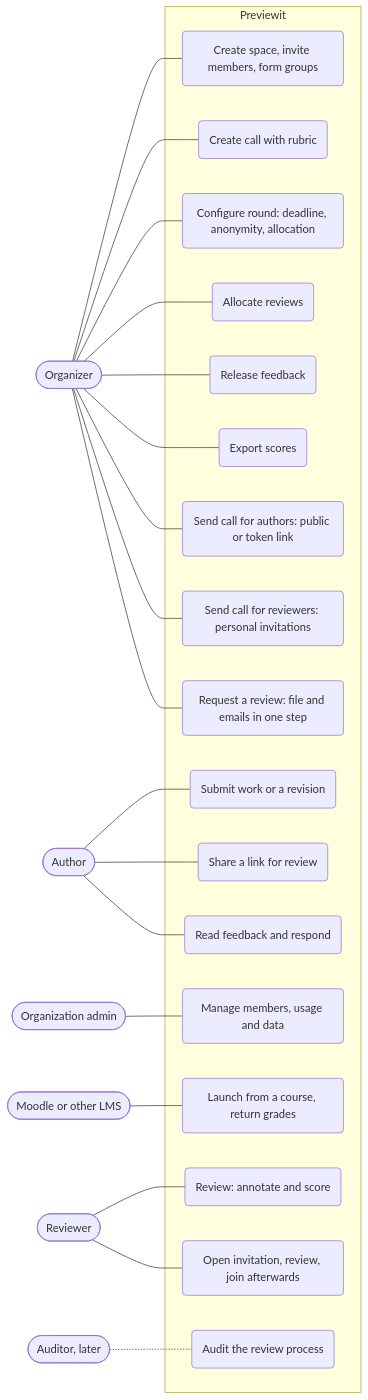
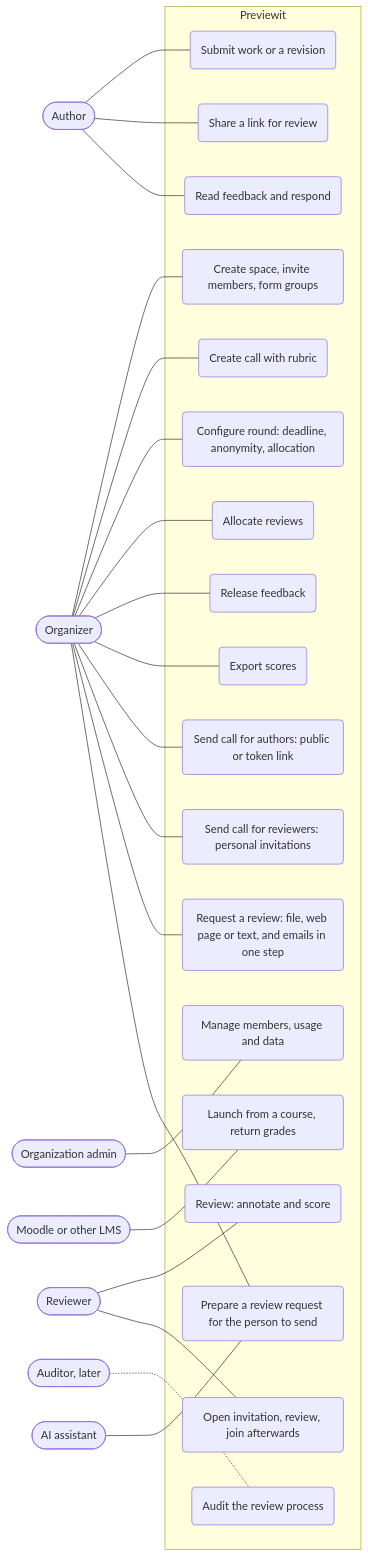
The diagram in docs/uml/use-cases.md (jaateixeira/peerview.it), drawn with Mermaid before and after one commit. The commit also changed other lines of this file and 56 other files, not shown here.

````diff
--- a/docs/uml/use-cases.md
+++ b/docs/uml/use-cases.md
@@ -5,36 +5,40 @@
 ```mermaid
 flowchart LR
     ORG([Organizer])
     AUT([Author])
     REV([Reviewer])
     AUD([Auditor, later])
     ADM([Organization admin])
     LMS([Moodle or other LMS])
+    AI([AI assistant])
 
     subgraph Previewit
         UC1("Create space, invite members, form groups")
         UC2("Create call with rubric")
         UC3("Configure round: deadline, anonymity, allocation")
         UC4("Allocate reviews")
         UC5("Release feedback")
         UC6("Export scores")
         UC7("Submit work or a revision")
         UC8("Share a link for review")
         UC9("Read feedback and respond")
         UC10("Review: annotate and score")
         UC11("Manage members, usage and data")
         UC12("Launch from a course, return grades")
         UC13("Send call for authors: public or token link")
         UC14("Send call for reviewers: personal invitations")
         UC15("Open invitation, review, join afterwards")
         UC16("Audit the review process")
-        UC17("Request a review: file and emails in one step")
+        UC17("Request a review: file, web page or text, and emails in one step")
+        UC18("Prepare a review request for the person to send")
     end
 
     ORG --- UC1 & UC2 & UC3 & UC4 & UC5 & UC6 & UC13 & UC14 & UC17
     AUT --- UC7 & UC8 & UC9
     REV --- UC10 & UC15
     AUD -.- UC16
     ADM --- UC11
     LMS --- UC12
+    AI --- UC18
+    ORG --- UC18
 ```
````
